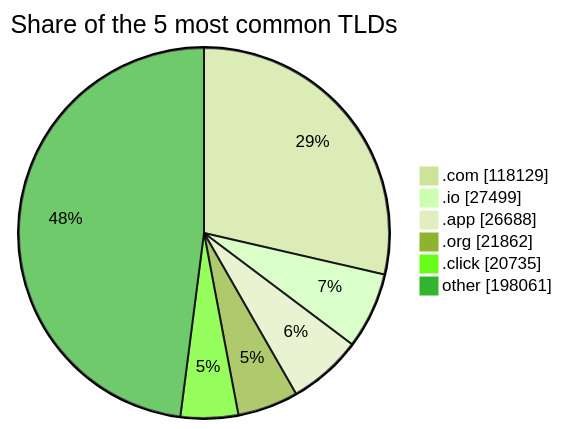
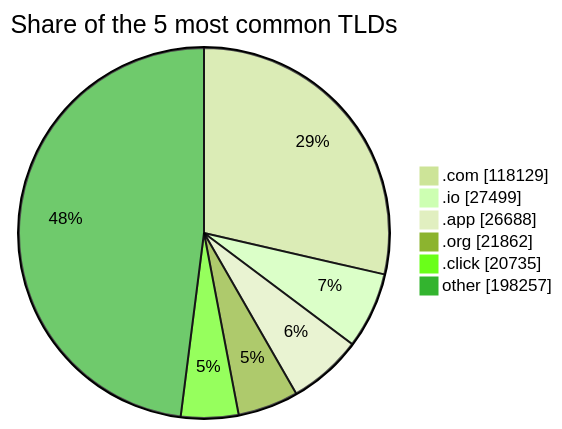
One commit to DNSBunker/CTI changed the third of 3 diagrams in README.md. Above: the diagram before and after it, drawn with Mermaid (forest theme). The commit also changed other lines of this file and 3 other files, not shown here.

````diff
--- a/README.md
+++ b/README.md
@@ -81,9 +81,9 @@
 ```mermaid
 pie showData title Share of the 5 most common TLDs
     ".com" : 118129
     ".io" : 27499
     ".app" : 26688
     ".org" : 21862
     ".click" : 20735
-    "other" : 198061
+    "other" : 198257
 ```
````
